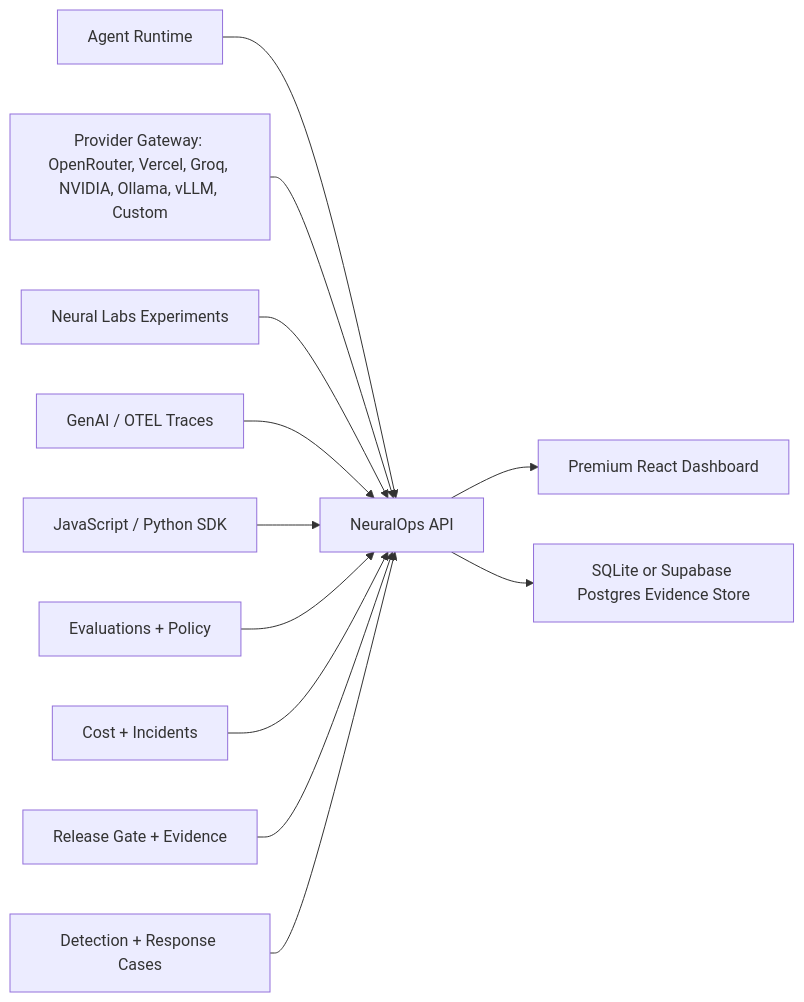
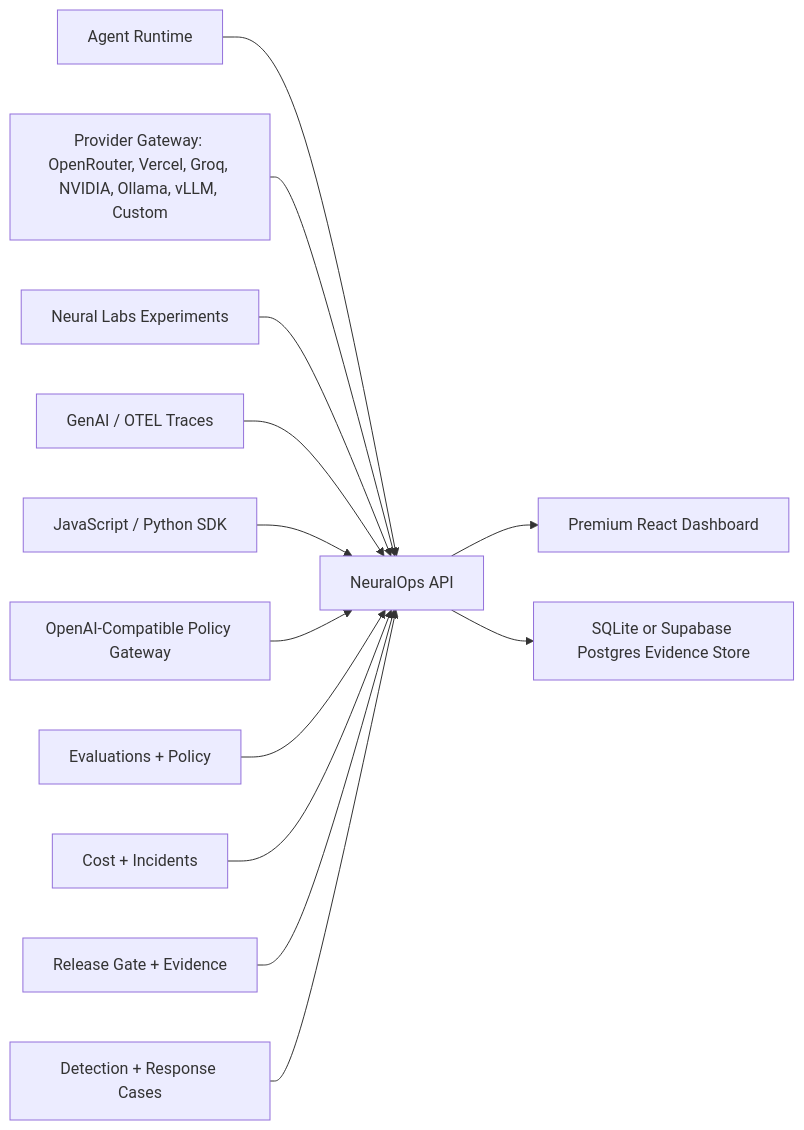
One commit to Gowrav-M/neuralops-platform changed the diagram in README.md. Above: the diagram before and after it, drawn with Mermaid. The commit also changed other lines of this file and 16 other files, not shown here.

Commit message:
feat: add neuralops policy gateway

````diff
--- a/README.md
+++ b/README.md
@@ -23,14 +25,15 @@
 ```mermaid
 flowchart LR
   A["Agent Runtime"] --> F["NeuralOps API"]
   B["Provider Gateway: OpenRouter, Vercel, Groq, NVIDIA, Ollama, vLLM, Custom"] --> F
   C["Neural Labs Experiments"] --> F
   D["GenAI / OTEL Traces"] --> F
   K["JavaScript / Python SDK"] --> F
+  M["OpenAI-Compatible Policy Gateway"] --> F
   E["Evaluations + Policy"] --> F
   I["Cost + Incidents"] --> F
   J["Release Gate + Evidence"] --> F
   L["Detection + Response Cases"] --> F
   F --> G["Premium React Dashboard"]
   F --> H["SQLite or Supabase Postgres Evidence Store"]
 ```
````
